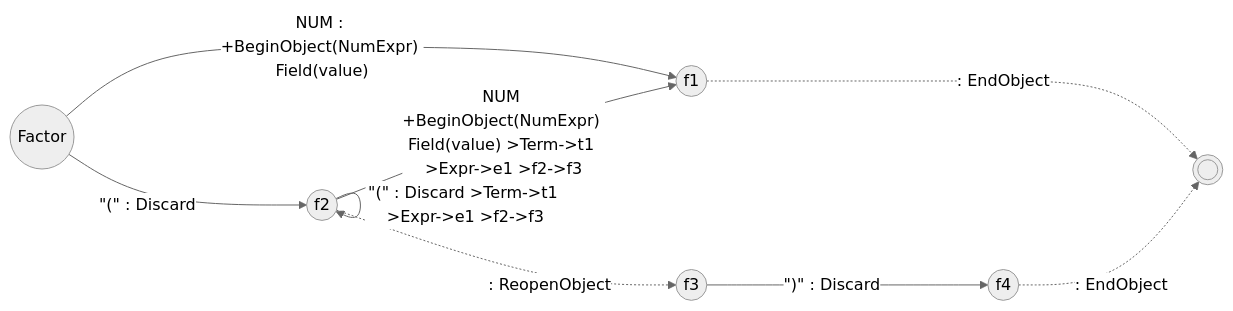
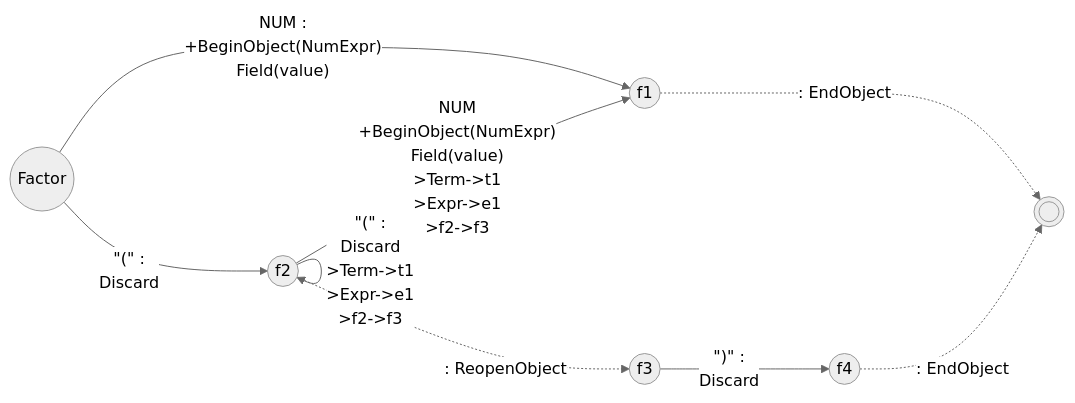
Diagram 11 of 20 in Blog/GLR-Refactoring/Mermaid.md (vczh-websites/vczh), drawn with Mermaid (neutral theme) before and after one commit. The commit also changed other lines of this file, not shown here.

````diff
--- a/Blog/GLR-Refactoring/Mermaid.md
+++ b/Blog/GLR-Refactoring/Mermaid.md
@@ -215,12 +424,25 @@
 ```mermaid
 graph LR
-  fS((Factor))-- NUM : +BeginObject(NumExpr) Field(value) --> f1
+  fS((Factor))-- NUM :
+    +BeginObject(NumExpr)
+    Field(value) --> f1
   f1((f1))-. : EndObject .->fE((( )))
-  fS-- #quot;(#quot; : Discard --> f2
+  fS-- #quot;(#quot; :
+    Discard --> f2
   f2((f2))-. : ReopenObject .-> f3
-  f3((f3))-- #quot;)#quot; : Discard -->f4
+  f3((f3))-- #quot;)#quot; :
+    Discard -->f4
   f4((f4))-. : EndObject .->fE
 
-  f2-- NUM +BeginObject(NumExpr) Field(value) >Term->t1 >Expr->e1 >f2->f3 -->f1
-  f2-- #quot;(#quot; : Discard >Term->t1 >Expr->e1 >f2->f3 -->f2
+  f2-- NUM
+    +BeginObject(NumExpr)
+    Field(value)
+    >Term->t1
+    >Expr->e1
+    >f2->f3 -->f1
+  f2-- #quot;(#quot; :
+    Discard
+    >Term->t1
+    >Expr->e1
+    >f2->f3 -->f2
 ```
````
